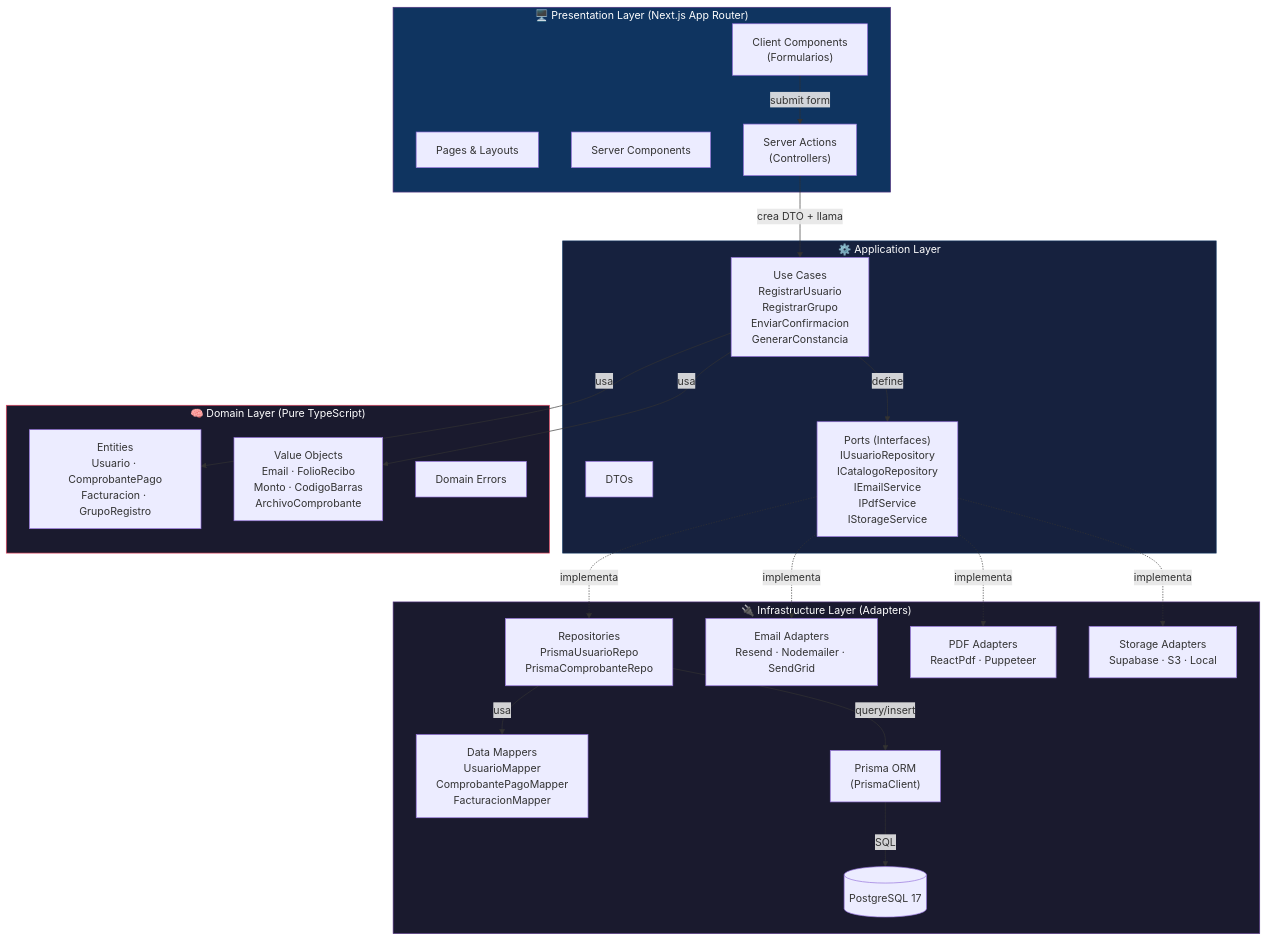
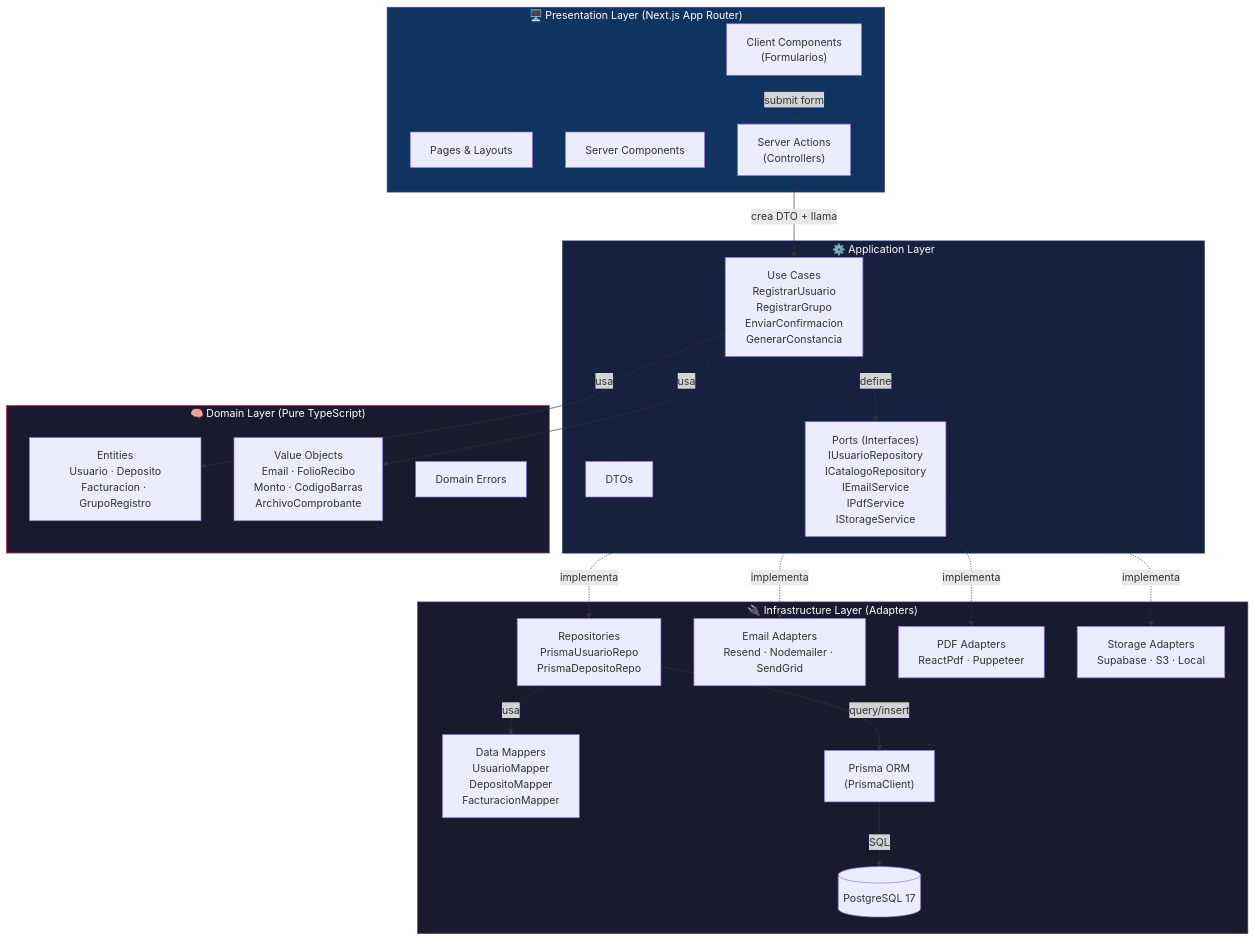
Before and after one commit to iKinoo/aniei-registro-2026: the first of 14 diagrams in docs/DESIGN.md, drawn with Mermaid. The commit also changed other lines of this file, not shown here.

````diff
--- a/docs/DESIGN.md
+++ b/docs/DESIGN.md
@@ -254,51 +254,51 @@
 ```mermaid
 graph TB
     subgraph Presentation["🖥️ Presentation Layer (Next.js App Router)"]
         Pages["Pages & Layouts"]
         SC["Server Components"]
         CC["Client Components<br/>(Formularios)"]
         SA["Server Actions<br/>(Controllers)"]
     end
 
     subgraph Application["⚙️ Application Layer"]
         UC["Use Cases<br/>RegistrarUsuario<br/>RegistrarGrupo<br/>EnviarConfirmacion<br/>GenerarConstancia"]
         DTO["DTOs"]
         Ports["Ports (Interfaces)<br/>IUsuarioRepository<br/>ICatalogoRepository<br/>IEmailService<br/>IPdfService<br/>IStorageService"]
     end
 
     subgraph Domain["🧠 Domain Layer (Pure TypeScript)"]
-        Entities["Entities<br/>Usuario · ComprobantePago<br/>Facturacion · GrupoRegistro"]
+        Entities["Entities<br/>Usuario · Deposito<br/>Facturacion · GrupoRegistro"]
         VO["Value Objects<br/>Email · FolioRecibo<br/>Monto · CodigoBarras<br/>ArchivoComprobante"]
         DErr["Domain Errors"]
     end
 
     subgraph Infrastructure["🔌 Infrastructure Layer (Adapters)"]
-        Repos["Repositories<br/>PrismaUsuarioRepo<br/>PrismaComprobanteRepo"]
-        Mappers["Data Mappers<br/>UsuarioMapper<br/>ComprobantePagoMapper<br/>FacturacionMapper"]
+        Repos["Repositories<br/>PrismaUsuarioRepo<br/>PrismaDepositoRepo"]
+        Mappers["Data Mappers<br/>UsuarioMapper<br/>DepositoMapper<br/>FacturacionMapper"]
         ORM["Prisma ORM<br/>(PrismaClient)"]
         EmailSvc["Email Adapters<br/>Resend · Nodemailer · SendGrid"]
         PdfSvc["PDF Adapters<br/>ReactPdf · Puppeteer"]
         StoreSvc["Storage Adapters<br/>Supabase · S3 · Local"]
         DB[("PostgreSQL 17")]
     end
 
     CC -->|"submit form"| SA
     SA -->|"crea DTO + llama"| UC
     UC -->|"usa"| Entities
     UC -->|"usa"| VO
     UC -->|"define"| Ports
 
     Ports -.->|"implementa"| Repos
     Ports -.->|"implementa"| EmailSvc
     Ports -.->|"implementa"| PdfSvc
     Ports -.->|"implementa"| StoreSvc
 
     Repos -->|"usa"| Mappers
     Repos -->|"query/insert"| ORM
     ORM -->|"SQL"| DB
 
     style Domain fill:#1a1a2e,stroke:#e94560,color:#fff
     style Application fill:#16213e,stroke:#0f3460,color:#fff
     style Presentation fill:#0f3460,stroke:#533483,color:#fff
     style Infrastructure fill:#1a1a2e,stroke:#533483,color:#fff
 ```
````
